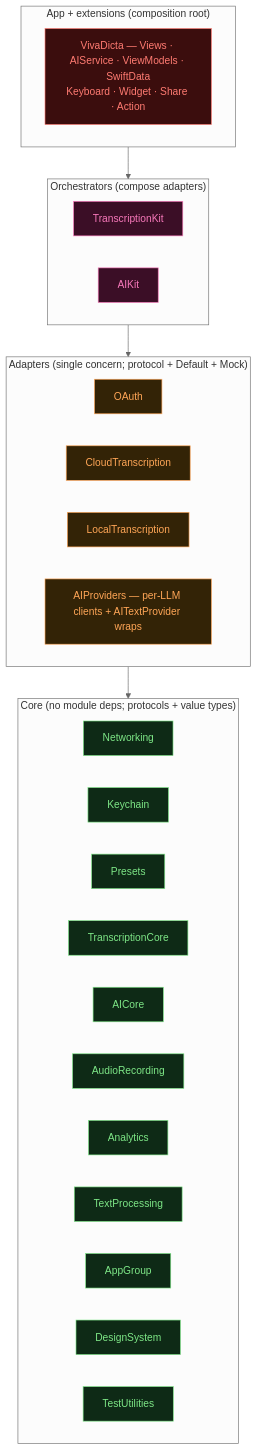
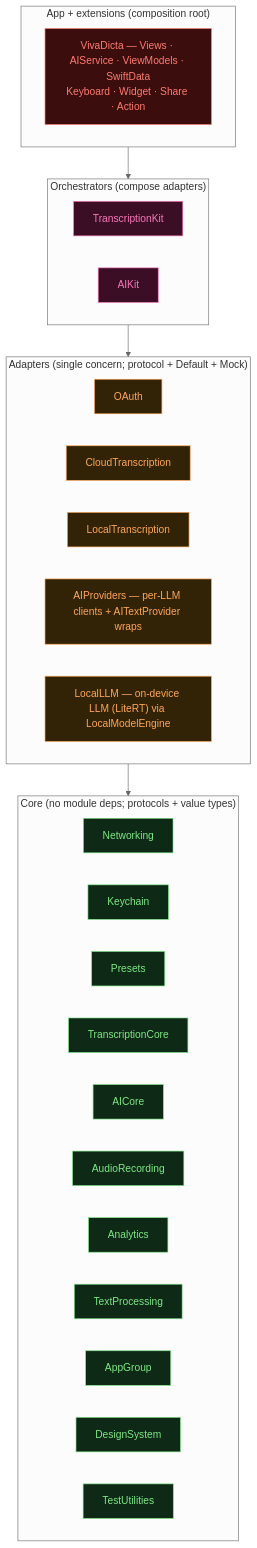
The first of 4 diagrams in documentation/Module-Architecture.md (n0an/VivaDicta), drawn with Mermaid (neutral theme) before and after one commit. The commit also changed other lines of this file and 2 other files, not shown here.

Commit message:
Split the model picker into free/paid tiers for Ollama Cloud and OpenCode Zen

````diff
--- a/documentation/Module-Architecture.md
+++ b/documentation/Module-Architecture.md
@@ -18,36 +18,37 @@
 ```mermaid
 flowchart TB
   classDef core fill:#0e2a16,stroke:#7ee787,color:#7ee787
   classDef adapter fill:#332306,stroke:#ffa657,color:#ffa657
   classDef orchestrator fill:#3b0e26,stroke:#f778ba,color:#f778ba
   classDef app fill:#3b0d0d,stroke:#ff7b72,color:#ff7b72
 
   subgraph APP["App + extensions (composition root)"]
     VivaDicta["VivaDicta — Views · AIService · ViewModels · SwiftData<br/>Keyboard · Widget · Share · Action"]:::app
   end
   subgraph ORCH["Orchestrators (compose adapters)"]
     TranscriptionKit:::orchestrator
     AIKit:::orchestrator
   end
   subgraph ADAPT["Adapters (single concern; protocol + Default + Mock)"]
     OAuth:::adapter
     CloudTranscription:::adapter
     LocalTranscription:::adapter
     AIProviders["AIProviders — per-LLM clients + AITextProvider wraps"]:::adapter
+    LocalLLM["LocalLLM — on-device LLM (LiteRT) via LocalModelEngine"]:::adapter
   end
   subgraph CORE["Core (no module deps; protocols + value types)"]
     Networking:::core
     Keychain:::core
     Presets:::core
     TranscriptionCore:::core
     AICore:::core
     AudioRecording:::core
     Analytics:::core
     TextProcessing:::core
     AppGroup:::core
     DesignSystem:::core
     TestUtilities:::core
   end
 
   APP --> ORCH --> ADAPT --> CORE
 ```
````
